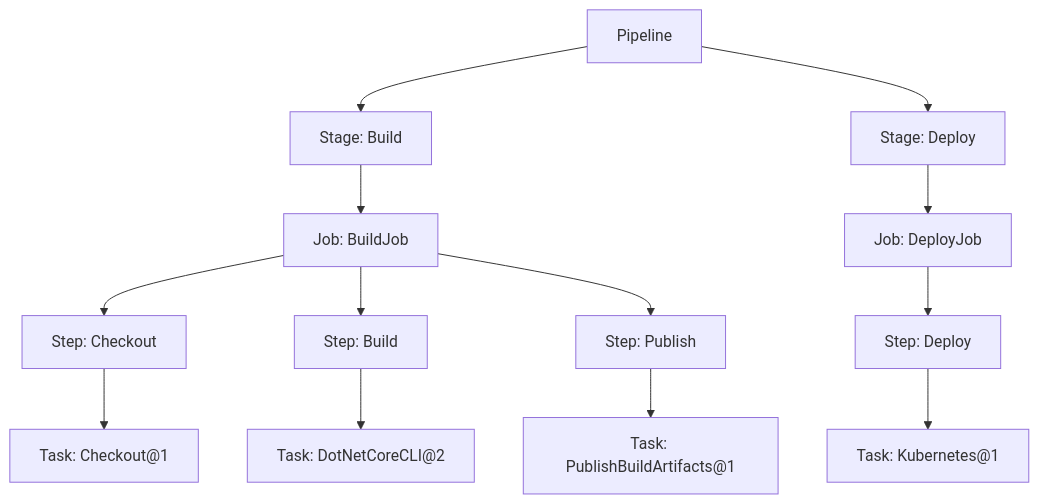
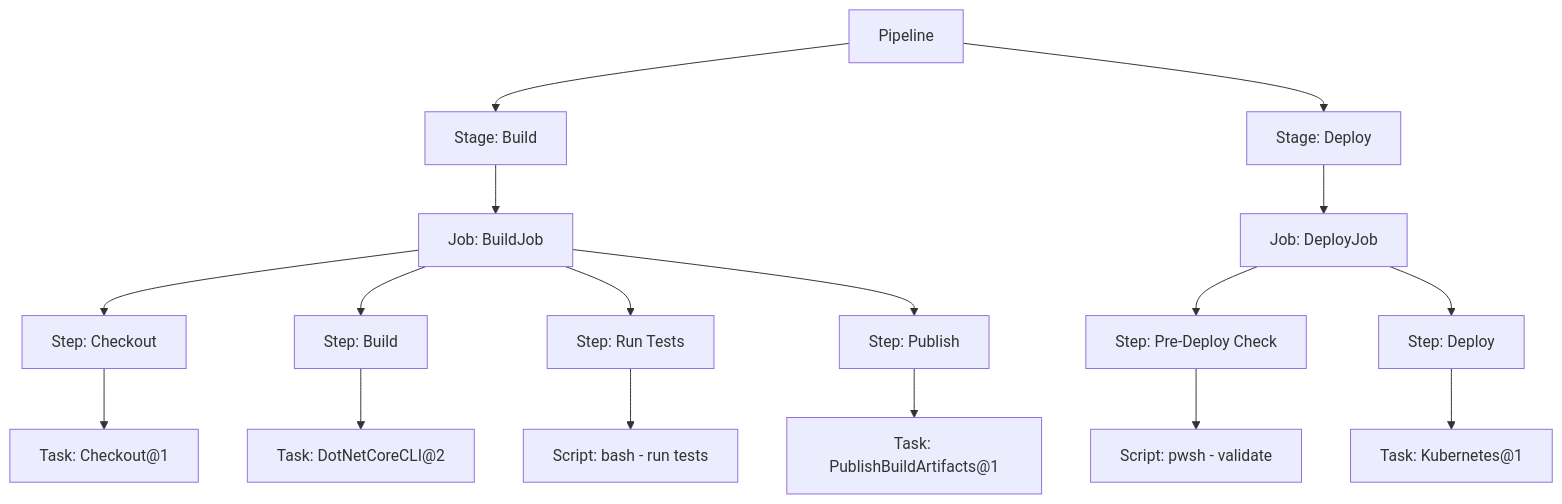
One commit to ShubhamTatvamasi/azure changed the second of 4 diagrams in azure-devops-pipeline.md. Above: the diagram before and after it, drawn with Mermaid. The commit also changed other lines of this file, not shown here.

````diff
--- a/azure-devops-pipeline.md
+++ b/azure-devops-pipeline.md
@@ -38,18 +42,26 @@
 ``` mermaid
 graph TD
     P[Pipeline]
     P --> S1[Stage: Build]
     P --> S2[Stage: Deploy]
 
     S1 --> J1[Job: BuildJob]
     J1 --> ST1[Step: Checkout]
     ST1 --> T1[Task: Checkout@1]
+
     J1 --> ST2[Step: Build]
     ST2 --> T2[Task: DotNetCoreCLI@2]
-    J1 --> ST3[Step: Publish]
-    ST3 --> T3[Task: PublishBuildArtifacts@1]
+
+    J1 --> ST3[Step: Run Tests]
+    ST3 --> SC1[Script: bash - run tests]
+
+    J1 --> ST4[Step: Publish]
+    ST4 --> T3[Task: PublishBuildArtifacts@1]
 
     S2 --> J2[Job: DeployJob]
-    J2 --> ST4[Step: Deploy]
-    ST4 --> T4[Task: Kubernetes@1]
+    J2 --> ST5[Step: Pre-Deploy Check]
+    ST5 --> SC2[Script: pwsh - validate]
+
+    J2 --> ST6[Step: Deploy]
+    ST6 --> T4[Task: Kubernetes@1]
 ```
````
